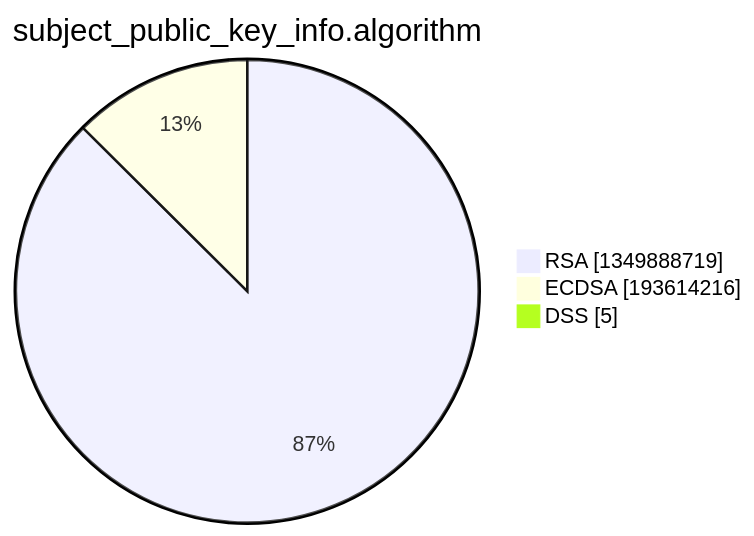
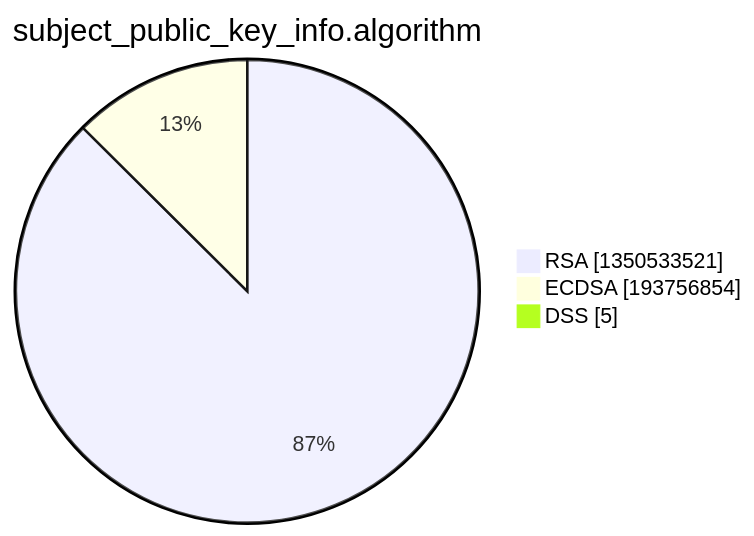
One commit to christiankrug/ctmonitor_visualization changed the third of 15 diagrams in xenon2022/README.md. Above: the diagram before and after it, drawn with Mermaid. The commit also changed other lines of this file, not shown here.

````diff
--- a/xenon2022/README.md
+++ b/xenon2022/README.md
@@ -14,7 +14,7 @@
 ```mermaid
 pie showData
 title subject_public_key_info.algorithm
-"RSA" :1349888719
-"ECDSA" :193614216
+"RSA" :1350533521
+"ECDSA" :193756854
 "DSS" :5
 ```
````
